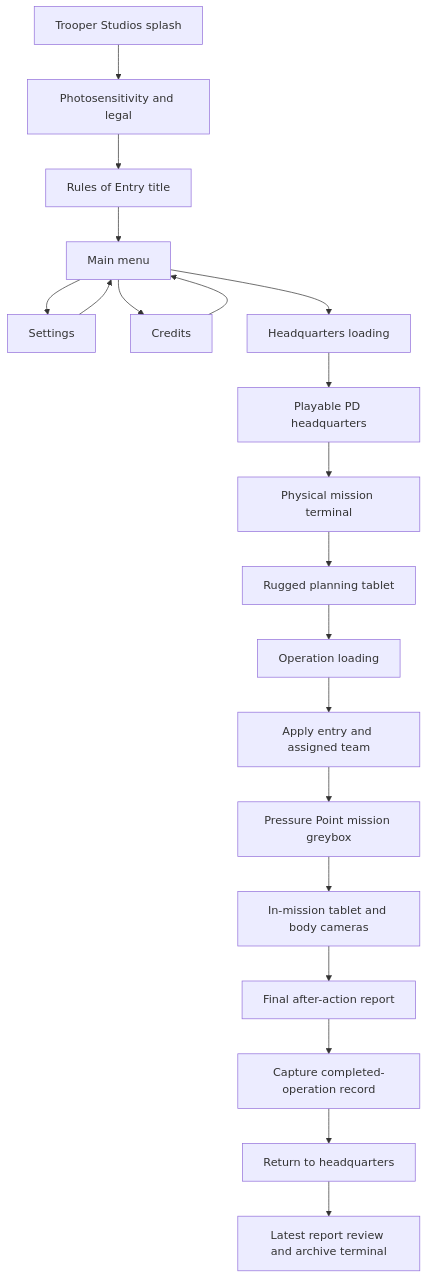
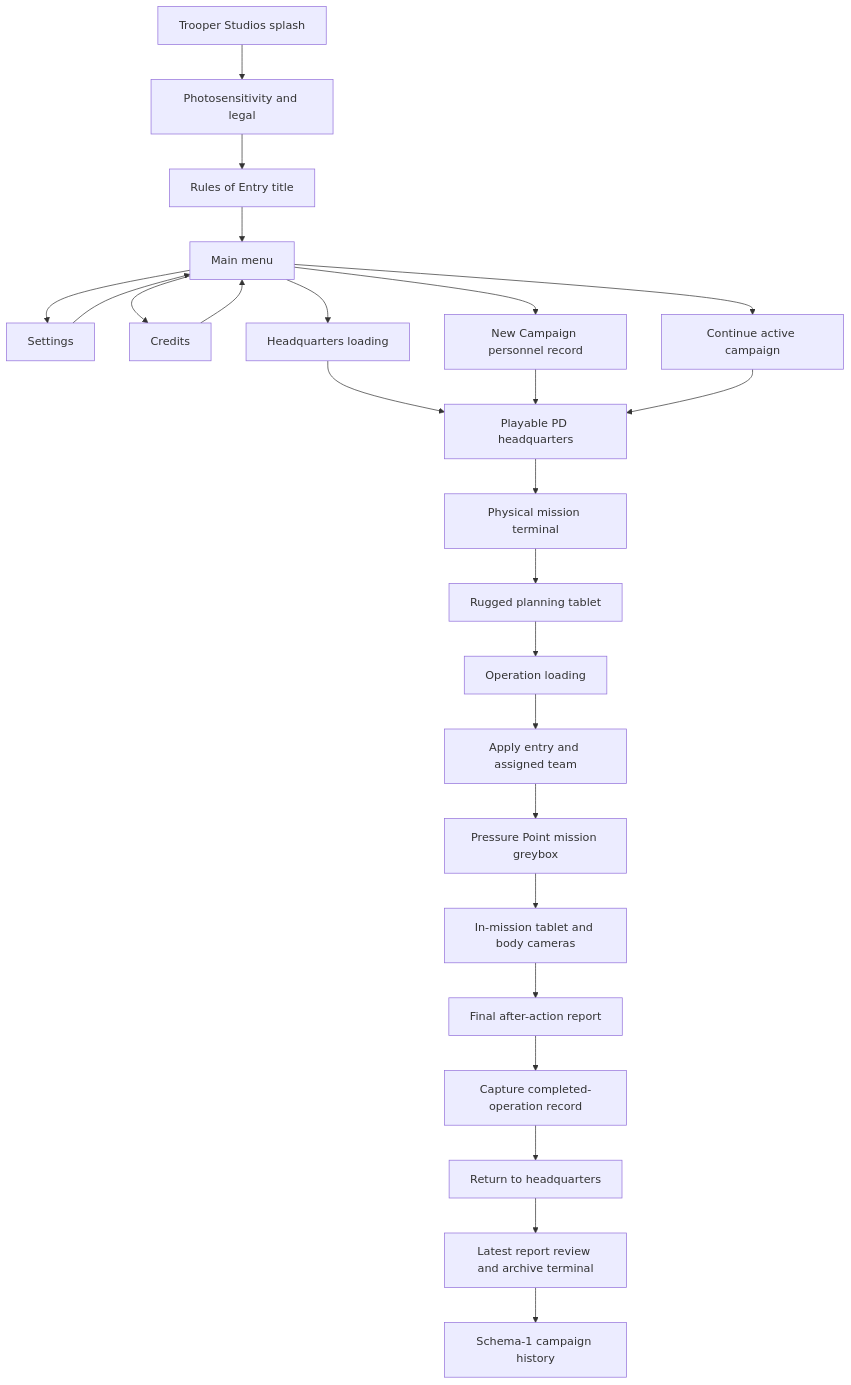
One commit to jaychase464-maker/RoE-v3 changed the diagram in SYSTEM_MAP.md. Above: the diagram before and after it, drawn with Mermaid. The commit also changed other lines of this file and 44 other files, not shown here.

Commit message:
Complete Milestone 7D campaign saves and operations archive

````diff
--- a/SYSTEM_MAP.md
+++ b/SYSTEM_MAP.md
@@ -60,22 +72,27 @@
 ```mermaid
 flowchart TD
     Splash[Trooper Studios splash] --> Warning[Photosensitivity and legal]
     Warning --> Title[Rules of Entry title]
     Title --> Menu[Main menu]
     Menu --> Settings[Settings]
     Menu --> Credits[Credits]
     Settings --> Menu
     Credits --> Menu
     Menu --> HubLoad[Headquarters loading]
     HubLoad --> HQ[Playable PD headquarters]
     HQ --> Terminal[Physical mission terminal]
     Terminal --> Tablet[Rugged planning tablet]
     Tablet --> MissionLoad[Operation loading]
     MissionLoad --> Deploy[Apply entry and assigned team]
     Deploy --> Prototype[Pressure Point mission greybox]
     Prototype --> OpTablet[In-mission tablet and body cameras]
     OpTablet --> FinalReport[Final after-action report]
     FinalReport --> Record[Capture completed-operation record]
     Record --> HQReturn[Return to headquarters]
     HQReturn --> Archive[Latest report review and archive terminal]
+    Archive --> CampaignSave[Schema-1 campaign history]
+    Menu --> NewCampaign[New Campaign personnel record]
+    Menu --> ContinueCampaign[Continue active campaign]
+    NewCampaign --> HQ
+    ContinueCampaign --> HQ
 ```
````
